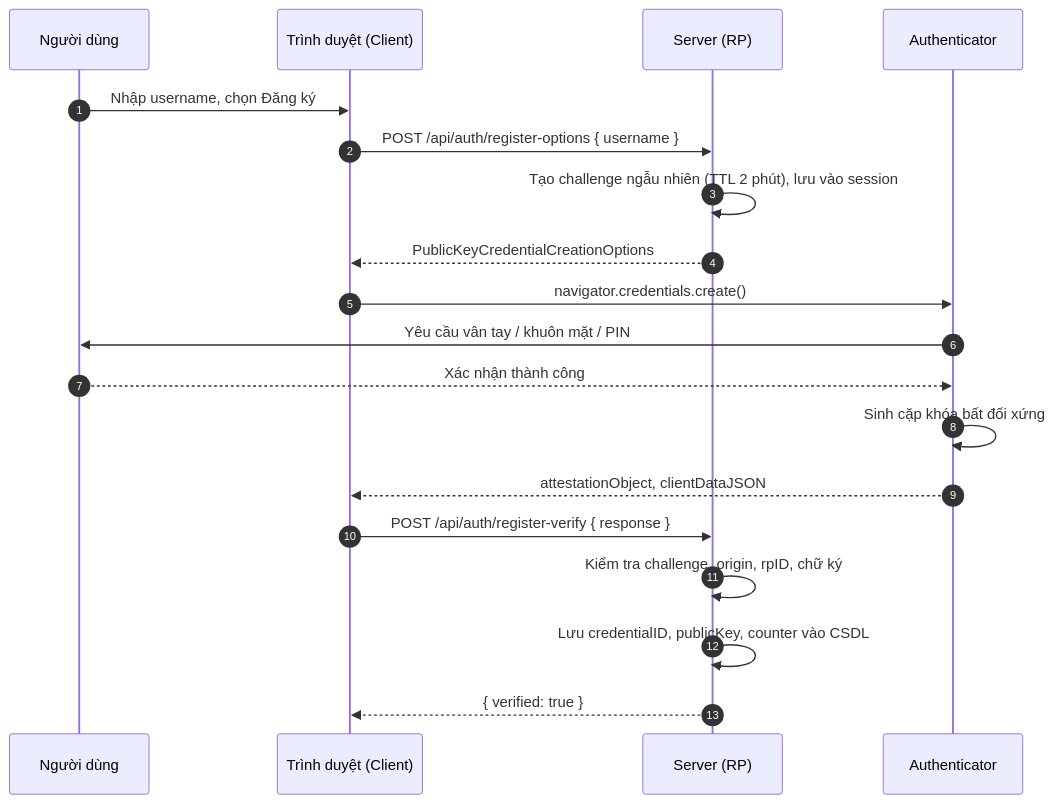
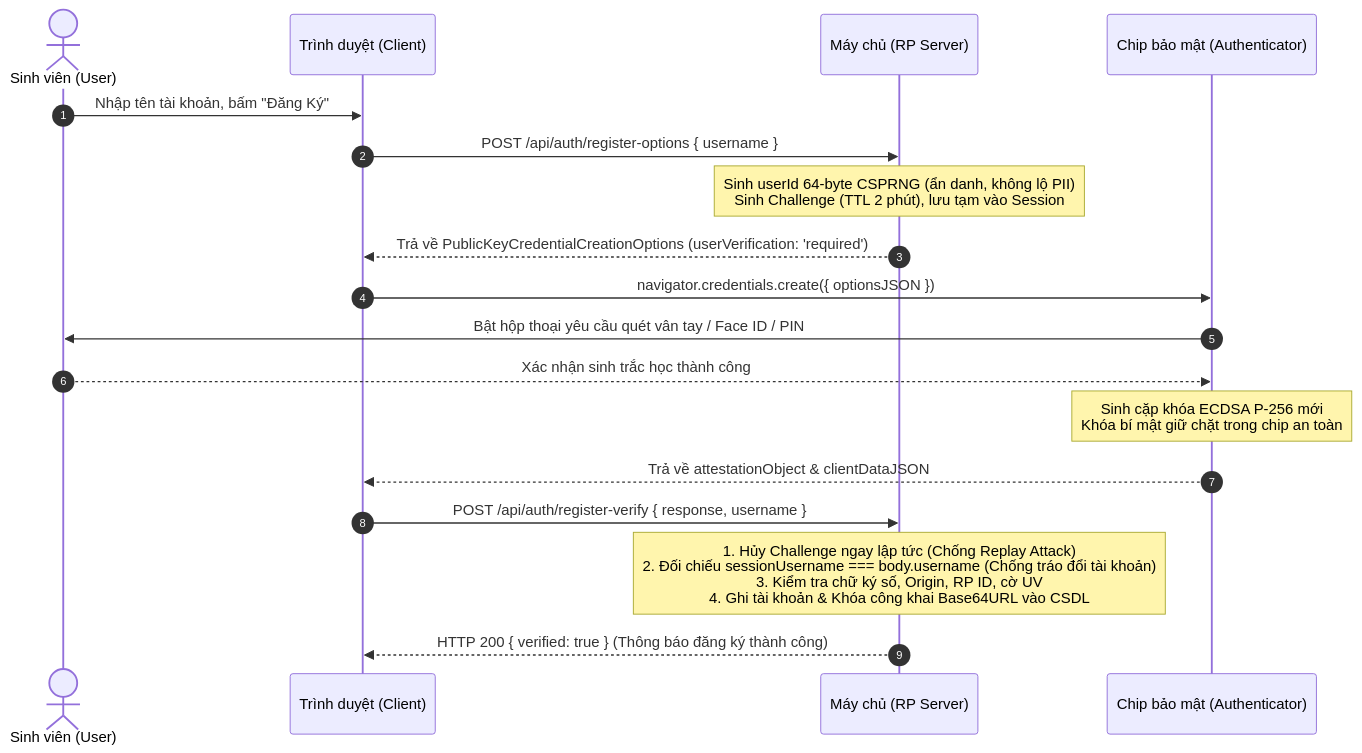
One commit to nguyenquockiet2462005/fido2 changed the first of 3 diagrams in README.md. Above: the diagram before and after it, drawn with Mermaid. The commit also changed other lines of this file, not shown here.

````diff
--- a/README.md
+++ b/README.md
@@ -74,22 +88,21 @@
 ```mermaid
 sequenceDiagram
     autonumber
-    participant U as Người dùng
+    actor U as Sinh viên (User)
     participant C as Trình duyệt (Client)
-    participant S as Server (RP)
-    participant A as Authenticator
+    participant S as Máy chủ (RP Server)
+    participant A as Chip bảo mật (Authenticator)
 
-    U->>C: Nhập username, chọn Đăng ký
+    U->>C: Nhập tên tài khoản, bấm "Đăng Ký"
     C->>S: POST /api/auth/register-options { username }
-    S->>S: Tạo challenge ngẫu nhiên (TTL 2 phút), lưu vào session
-    S-->>C: PublicKeyCredentialCreationOptions
-    C->>A: navigator.credentials.create()
-    A->>U: Yêu cầu vân tay / khuôn mặt / PIN
-    U-->>A: Xác nhận thành công
-    A->>A: Sinh cặp khóa bất đối xứng
-    A-->>C: attestationObject, clientDataJSON
-    C->>S: POST /api/auth/register-verify { response }
-    S->>S: Kiểm tra challenge, origin, rpID, chữ ký
-    S->>S: Lưu credentialID, publicKey, counter vào CSDL
-    S-->>C: { verified: true }
+    Note over S: Sinh userId 64-byte CSPRNG (ẩn danh, không lộ PII)<br/>Sinh Challenge (TTL 2 phút), lưu tạm vào Session
+    S-->>C: Trả về PublicKeyCredentialCreationOptions (userVerification: 'required')
+    C->>A: navigator.credentials.create({ optionsJSON })
+    A->>U: Bật hộp thoại yêu cầu quét vân tay / Face ID / PIN
+    U-->>A: Xác nhận sinh trắc học thành công
+    Note over A: Sinh cặp khóa ECDSA P-256 mới<br/>Khóa bí mật giữ chặt trong chip an toàn
+    A-->>C: Trả về attestationObject & clientDataJSON
+    C->>S: POST /api/auth/register-verify { response, username }
+    Note over S: 1. Hủy Challenge ngay lập tức (Chống Replay Attack)<br/>2. Đối chiếu sessionUsername === body.username (Chống tráo đổi tài khoản)<br/>3. Kiểm tra chữ ký số, Origin, RP ID, cờ UV<br/>4. Ghi tài khoản & Khóa công khai Base64URL vào CSDL
+    S-->>C: HTTP 200 { verified: true } (Thông báo đăng ký thành công)
 ```
````
